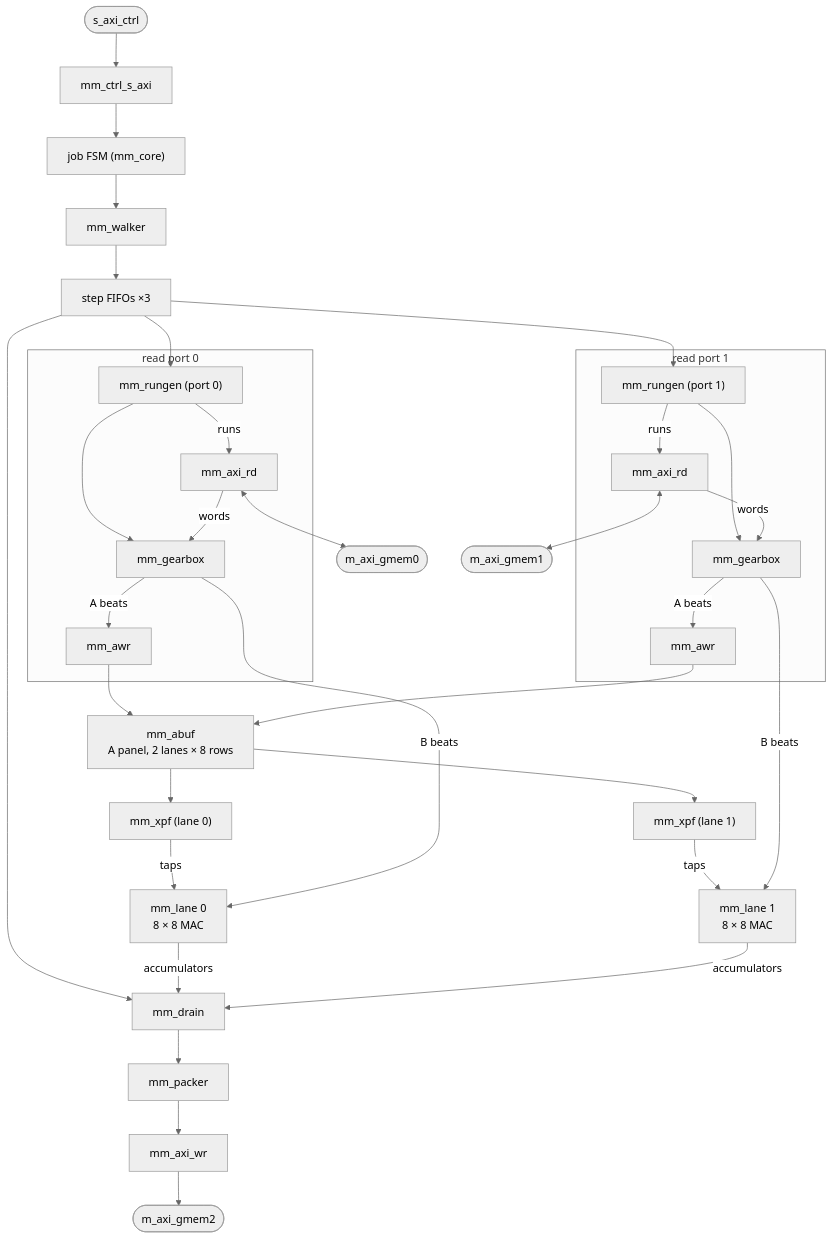
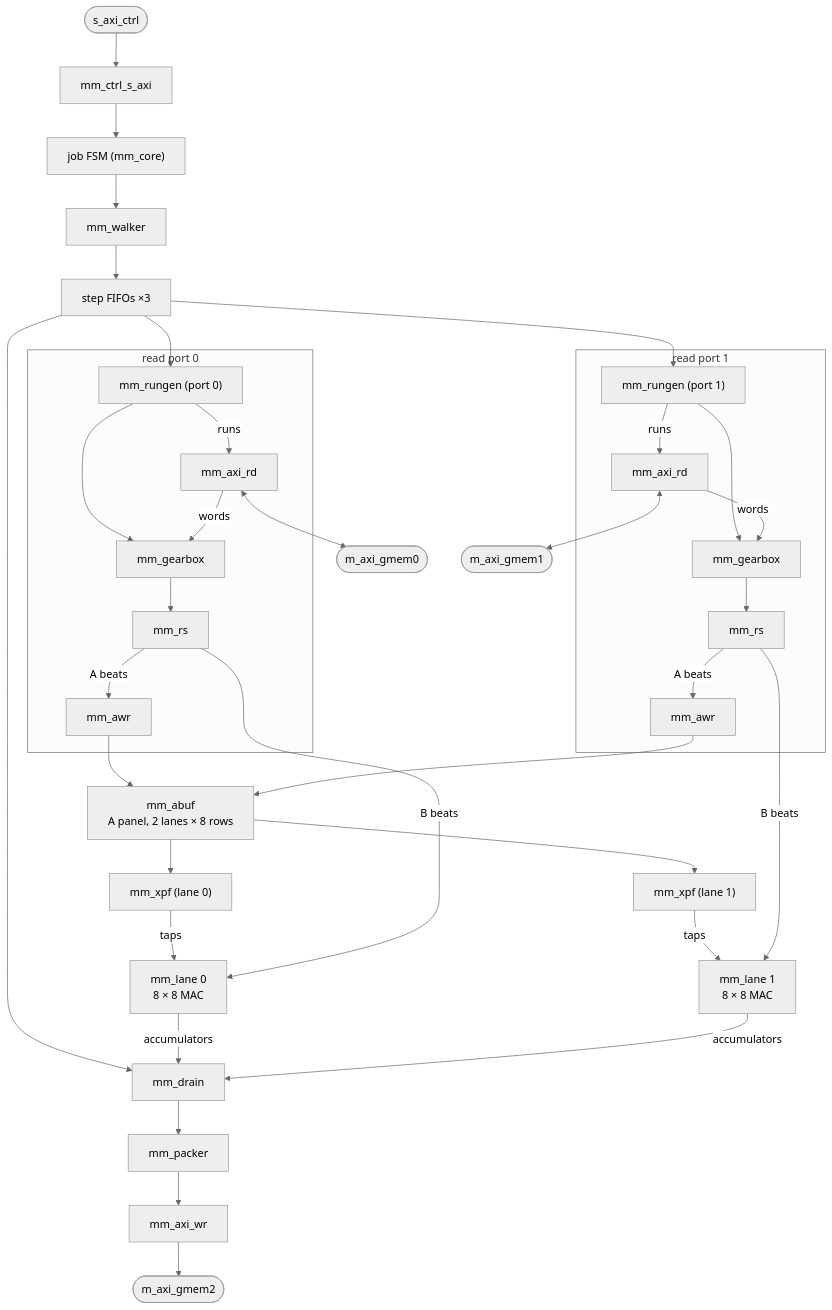
Before and after one commit to phoenix367/cormorant: the diagram in doc/kernels/MATMUL_RTL_KERNEL.md, drawn with Mermaid (neutral theme). The commit also changed other lines of this file and 93 other files, not shown here.

````diff
--- a/doc/kernels/MATMUL_RTL_KERNEL.md
+++ b/doc/kernels/MATMUL_RTL_KERNEL.md
@@ -230,30 +231,32 @@
 ```mermaid
 flowchart TB
     ctrl(["s_axi_ctrl"]) --> csr["mm_ctrl_s_axi"] --> fsm["job FSM (mm_core)"] --> walker["mm_walker"] --> steps["step FIFOs ×3"]
     steps --> rg0["mm_rungen (port 0)"]
     steps --> rg1["mm_rungen (port 1)"]
     steps --> drain["mm_drain"]
     subgraph P0 ["read port 0"]
         rg0 -- runs --> rd0["mm_axi_rd"]
         rg0 --> gb0["mm_gearbox"]
         rd0 -- words --> gb0
-        gb0 -- A beats --> awr0["mm_awr"]
+        gb0 --> rs0["mm_rs"]
+        rs0 -- A beats --> awr0["mm_awr"]
     end
     subgraph P1 ["read port 1"]
         rg1 -- runs --> rd1["mm_axi_rd"]
         rg1 --> gb1["mm_gearbox"]
         rd1 -- words --> gb1
-        gb1 -- A beats --> awr1["mm_awr"]
+        gb1 --> rs1["mm_rs"]
+        rs1 -- A beats --> awr1["mm_awr"]
     end
     rd0 <--> gm0(["m_axi_gmem0"])
     rd1 <--> gm1(["m_axi_gmem1"])
     awr0 --> abuf["mm_abuf<br/>A panel, 2 lanes × 8 rows"]
     awr1 --> abuf
     abuf --> xpf0["mm_xpf (lane 0)"] -- taps --> lane0["mm_lane 0<br/>8 × 8 MAC"]
     abuf --> xpf1["mm_xpf (lane 1)"] -- taps --> lane1["mm_lane 1<br/>8 × 8 MAC"]
-    gb0 -- B beats --> lane0
-    gb1 -- B beats --> lane1
+    rs0 -- B beats --> lane0
+    rs1 -- B beats --> lane1
     lane0 -- accumulators --> drain
     lane1 -- accumulators --> drain
     drain --> packer["mm_packer"] --> wr["mm_axi_wr"] --> gm2(["m_axi_gmem2"])
 ```
````
